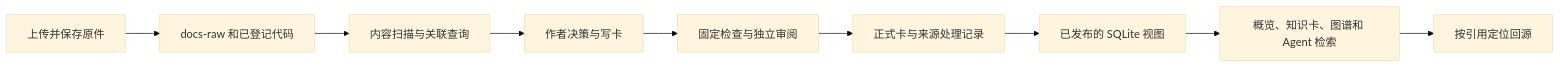
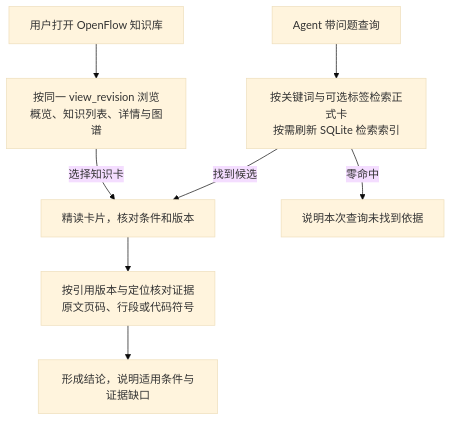
One commit to Robin-hhc/FactumCore changed the second of 3 diagrams in himate/himate-knowledge-wifi-mp/docs-llm-wiki/HiMate知识库架构设计.md. Above: the diagram before and after it, drawn with Mermaid (base theme). The commit also changed other lines of this file, not shown here.

Commit message:
docs(knowledge): diagram ingest, consumption, and governance

````diff
--- a/himate/himate-knowledge-wifi-mp/docs-llm-wiki/HiMate知识库架构设计.md
+++ b/himate/himate-knowledge-wifi-mp/docs-llm-wiki/HiMate知识库架构设计.md
@@ -59,11 +84,10 @@
 ```mermaid
-flowchart LR
-    U["上传并保存原件"] --> D["docs-raw 和已登记代码"]
-    D --> S["内容扫描与关联查询"]
-    S --> A["作者决策与写卡"]
-    A --> R["固定检查与独立审阅"]
-    R --> P["正式卡与来源处理记录"]
-    P --> I["已发布的 SQLite 视图"]
-    I --> Q["概览、知识卡、图谱和 Agent 检索"]
-    Q --> E["按引用定位回源"]
+flowchart TD
+    A["Agent 带问题查询"] --> S["按关键词与可选标签检索正式卡<br/>按需刷新 SQLite 检索索引"]
+    S -->|找到候选| R["精读卡片，核对条件和版本"]
+    S -->|零命中| N["说明本次查询未找到依据"]
+    B["用户打开 OpenFlow 知识库"] --> V["按同一 view_revision 浏览<br/>概览、知识列表、详情与图谱"]
+    V -->|选择知识卡| R
+    R --> C["按引用版本与定位核对证据<br/>原文页码、行段或代码符号"]
+    C --> F["形成结论，说明适用条件与证据缺口"]
 ```
````
